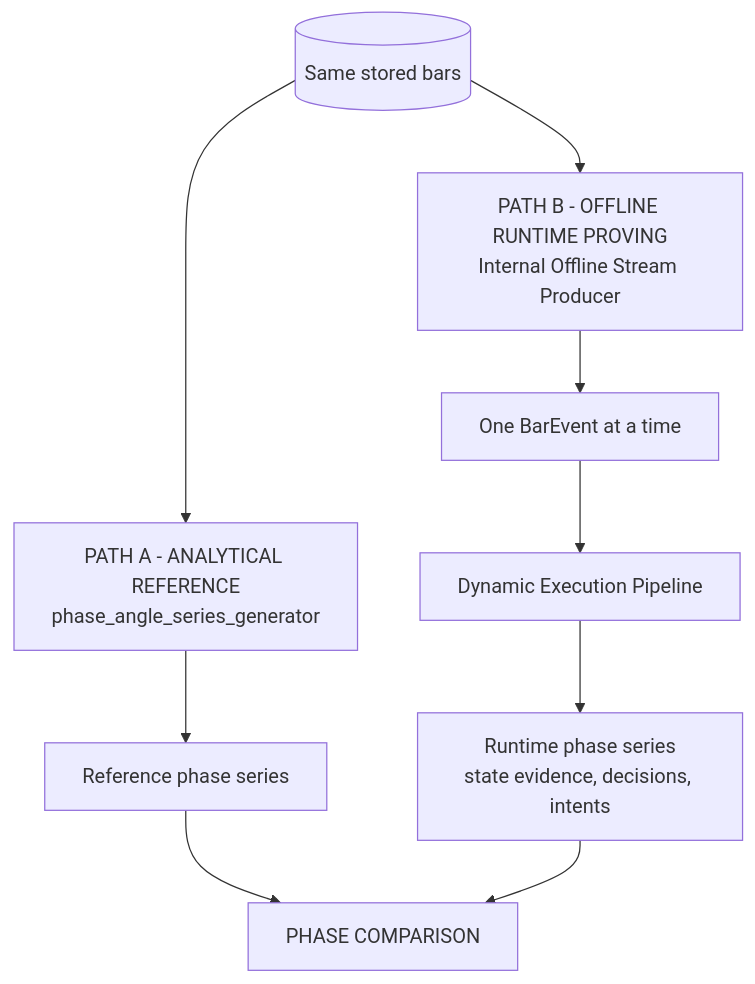
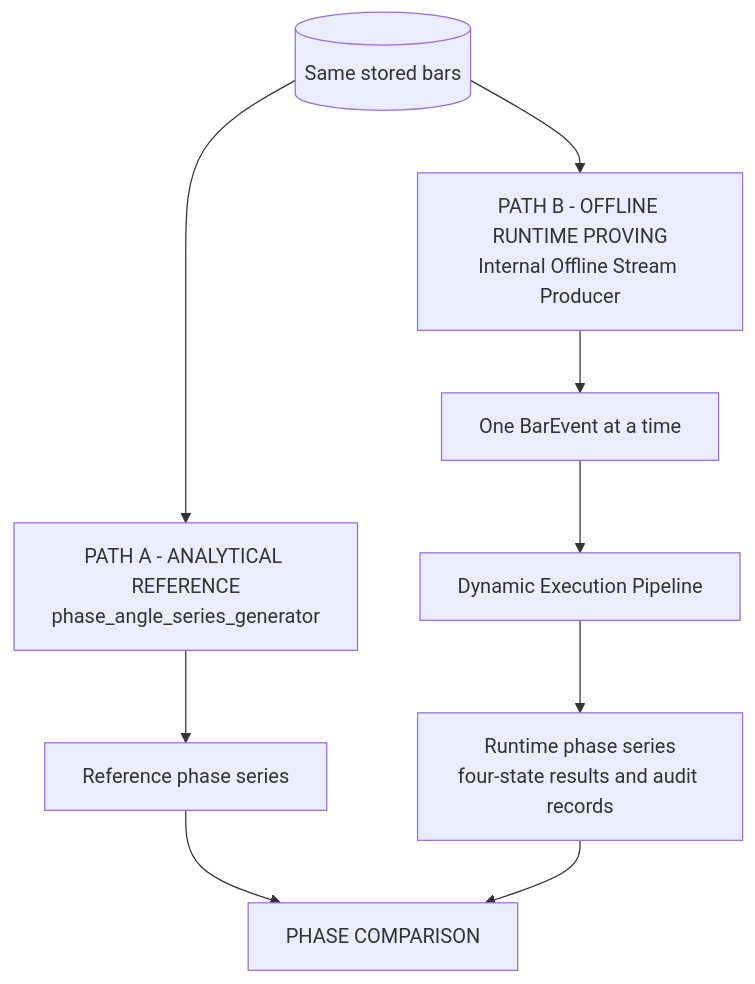
One commit to srao977/tramuthus changed the tenth of 10 diagrams in DSE_JEH/docs/DSE_JEH_TRANS_SAT_1_SYSTEM_DESIGN_V0_1_091226.md. Above: the diagram before and after it, drawn with Mermaid. The commit also changed other lines of this file and 31 other files, not shown here.

````diff
--- a/DSE_JEH/docs/DSE_JEH_TRANS_SAT_1_SYSTEM_DESIGN_V0_1_091226.md
+++ b/DSE_JEH/docs/DSE_JEH_TRANS_SAT_1_SYSTEM_DESIGN_V0_1_091226.md
@@ -468,13 +564,13 @@
 ```mermaid
 flowchart TD
   DB[(Same stored bars)]
   GEN[PATH A - ANALYTICAL REFERENCE<br/>phase_angle_series_generator]
   REF[Reference phase series]
   REP[PATH B - OFFLINE RUNTIME PROVING<br/>Internal Offline Stream Producer]
   BAR[One BarEvent at a time]
   DEP[Dynamic Execution Pipeline]
-  RUN[Runtime phase series<br/>state evidence, decisions, intents]
+  RUN[Runtime phase series<br/>four-state results and audit records]
   CMP[PHASE COMPARISON]
   DB --> GEN --> REF --> CMP
   DB --> REP --> BAR --> DEP --> RUN --> CMP
 ```
````
